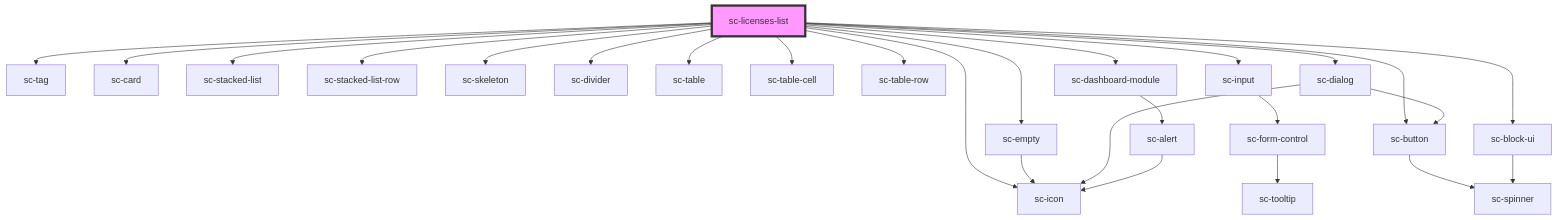
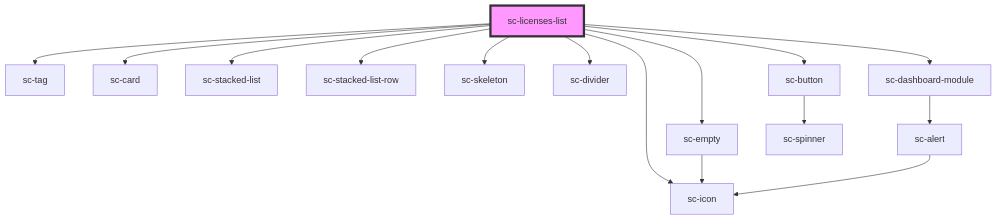
The diagram in packages/components/src/components/controllers/dashboard/sc-licenses-list/readme.md (surecart/surecart-wp-plugin), drawn with Mermaid before and after one commit. The commit also changed other lines of this file and 11 other files, not shown here.

````diff
--- a/packages/components/src/components/controllers/dashboard/sc-licenses-list/readme.md
+++ b/packages/components/src/components/controllers/dashboard/sc-licenses-list/readme.md
@@ -47,29 +41,18 @@
 ```mermaid
 graph TD;
   sc-licenses-list --> sc-tag
   sc-licenses-list --> sc-card
   sc-licenses-list --> sc-stacked-list
   sc-licenses-list --> sc-stacked-list-row
   sc-licenses-list --> sc-skeleton
   sc-licenses-list --> sc-divider
   sc-licenses-list --> sc-empty
-  sc-licenses-list --> sc-table
-  sc-licenses-list --> sc-table-cell
-  sc-licenses-list --> sc-table-row
-  sc-licenses-list --> sc-input
+  sc-licenses-list --> sc-dashboard-module
   sc-licenses-list --> sc-button
   sc-licenses-list --> sc-icon
-  sc-licenses-list --> sc-dialog
-  sc-licenses-list --> sc-dashboard-module
-  sc-licenses-list --> sc-block-ui
   sc-empty --> sc-icon
-  sc-input --> sc-form-control
-  sc-form-control --> sc-tooltip
-  sc-button --> sc-spinner
-  sc-dialog --> sc-button
-  sc-dialog --> sc-icon
   sc-dashboard-module --> sc-alert
   sc-alert --> sc-icon
-  sc-block-ui --> sc-spinner
+  sc-button --> sc-spinner
   style sc-licenses-list fill:#f9f,stroke:#333,stroke-width:4px
 ```
````
